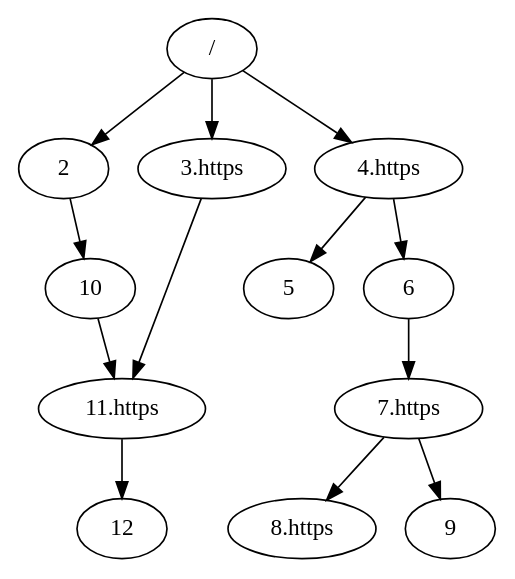
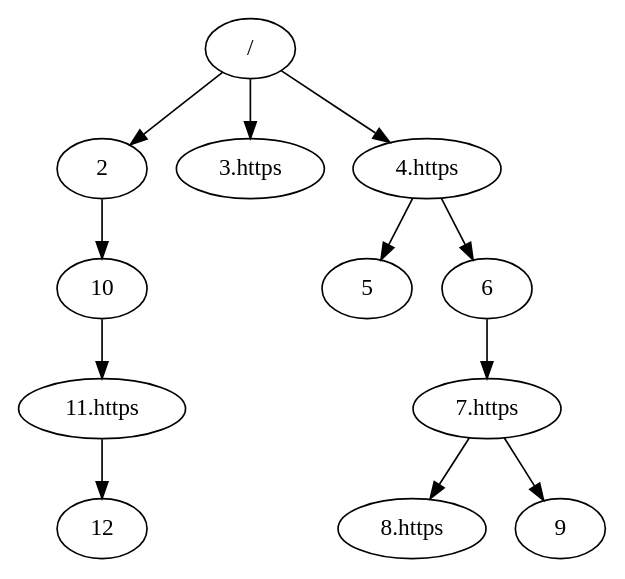
The diagram in dotToJson/test1.dot (ravinet/dependency_caching), drawn with Graphviz before and after one commit. The commit also changed 1 other file, not shown here.

```diff
--- a/dotToJson/test1.dot
+++ b/dotToJson/test1.dot
@@ -1,16 +1,15 @@
 strict digraph G {
 ratio=compress;
 concentrate=true;
 "/" -> "2";
 "/" -> "3.https";
 "/" -> "4.https";
 "4.https" -> "5";
 "4.https" -> "6";
-"3.https" -> "11.https";
 "6" -> "7.https";
 "7.https" -> "8.https";
 "7.https" -> "9";
 "2" -> "10";
 "10" -> "11.https";
 "11.https" -> "12";
 }
```
